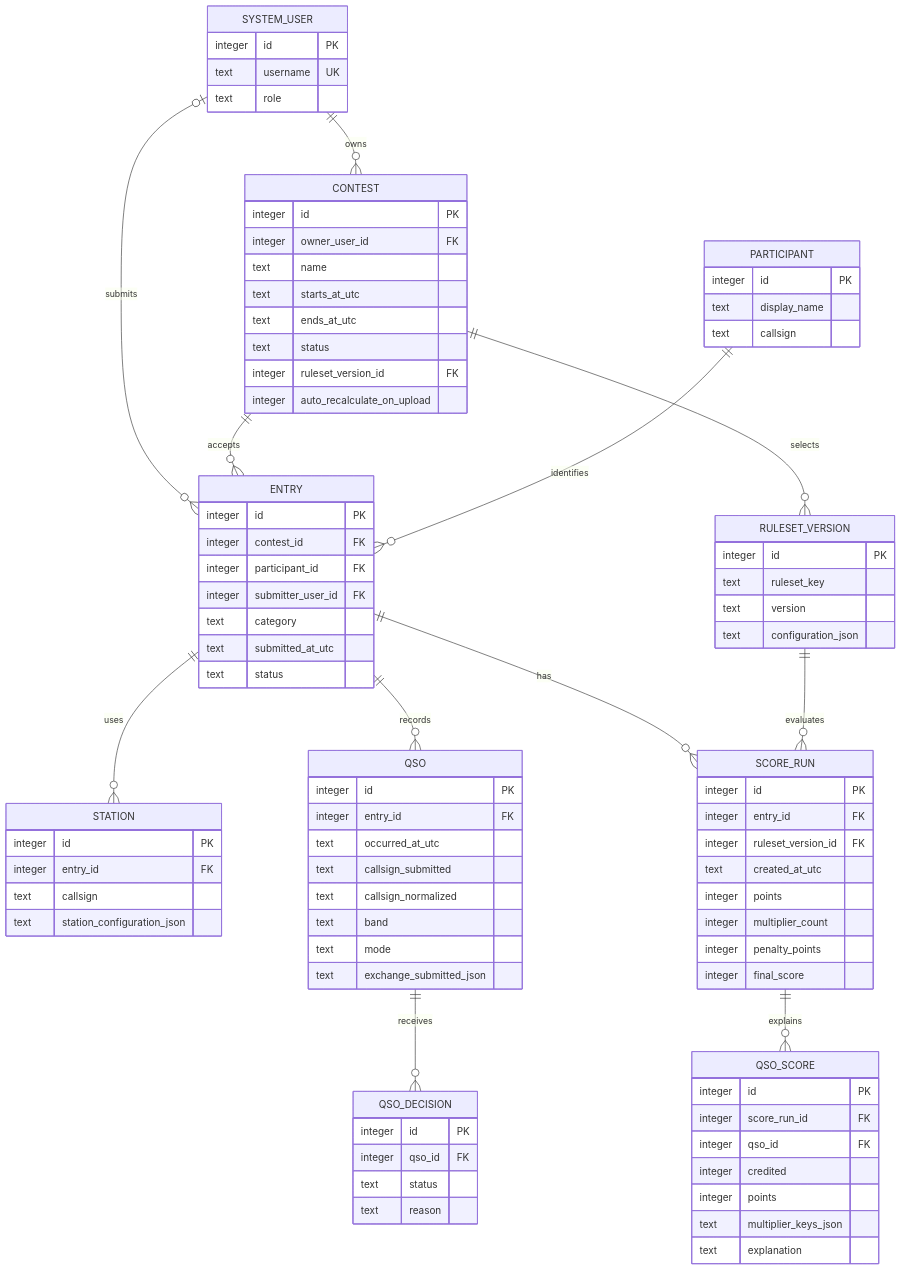
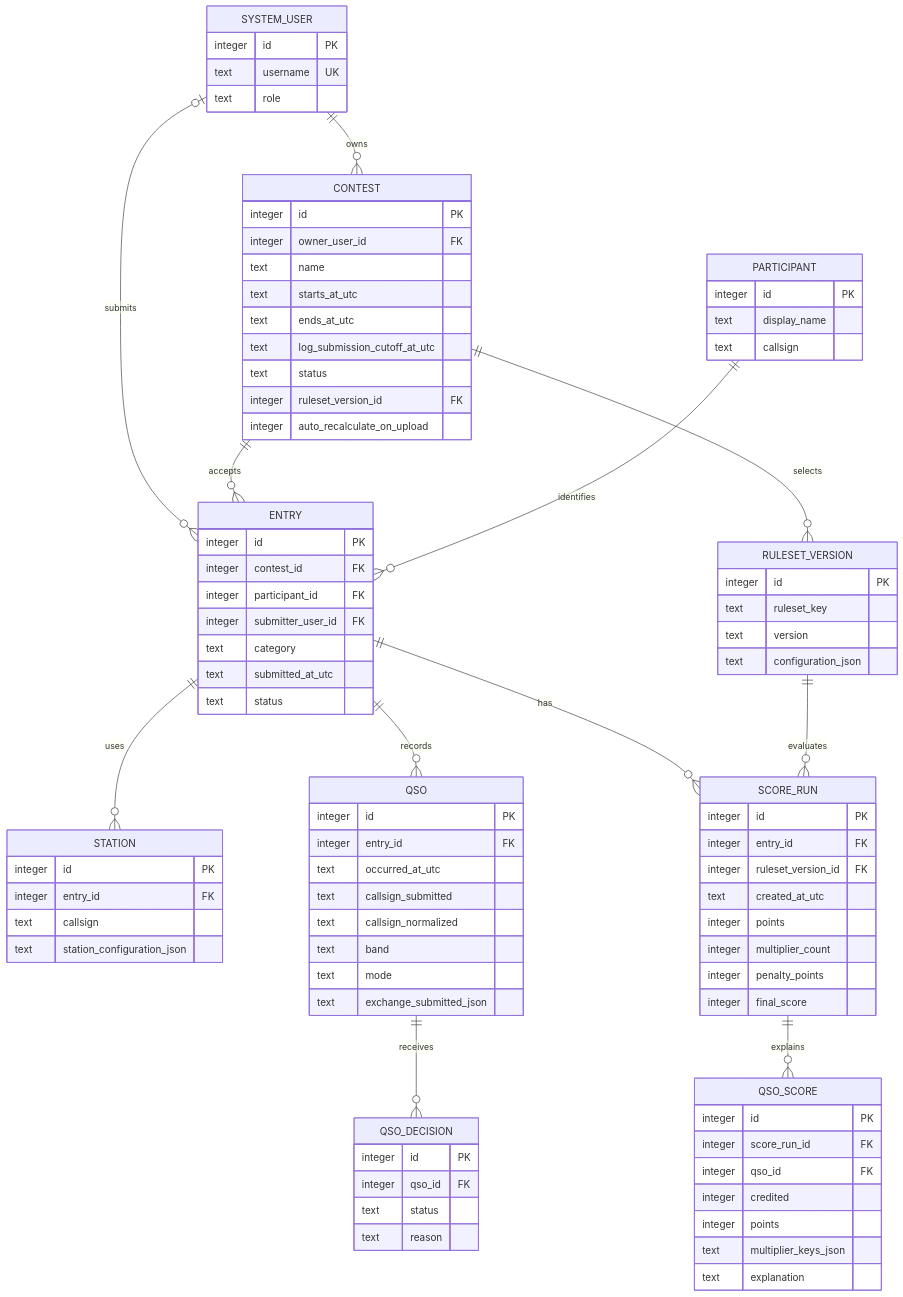
Before and after one commit to ea7klk/contestmaster: the second of 2 diagrams in documentation/README.md, drawn with Mermaid. The commit also changed other lines of this file, not shown here.

Commit message:
Add a separate contest log submission cutoff

```diff
--- a/documentation/README.md
+++ b/documentation/README.md
@@ -107,6 +107,7 @@
         text name
         text starts_at_utc
         text ends_at_utc
+        text log_submission_cutoff_at_utc
         text status
         integer ruleset_version_id FK
         integer auto_recalculate_on_upload
```
